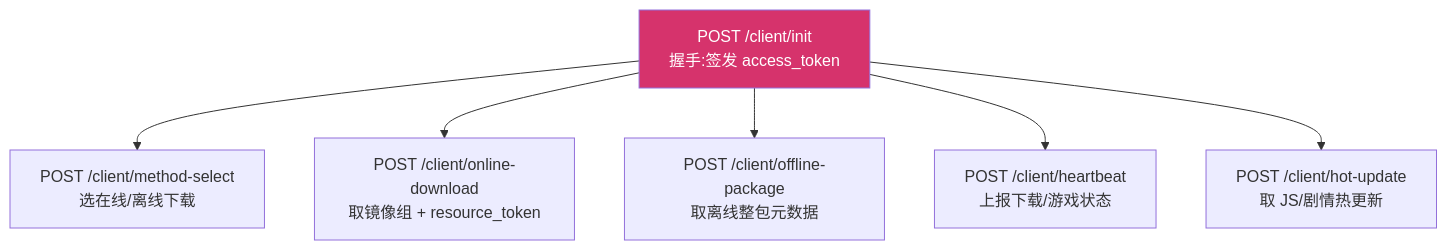
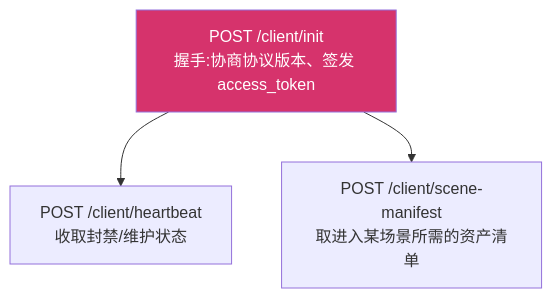
Before and after one commit to MagirecoCN-Revival-Project/magireco-cnv-server: the first of 3 diagrams in docs/architecture/client-protocol.md, drawn with Mermaid. The commit also changed other lines of this file and 32 other files, not shown here.

````diff
--- a/docs/architecture/client-protocol.md
+++ b/docs/architecture/client-protocol.md
@@ -11,11 +15,8 @@
 ```mermaid
 flowchart TB
-    INIT["POST /client/init<br/>握手:签发 access_token"]
-    INIT --> MS["POST /client/method-select<br/>选在线/离线下载"]
-    INIT --> OD["POST /client/online-download<br/>取镜像组 + resource_token"]
-    INIT --> OP["POST /client/offline-package<br/>取离线整包元数据"]
-    INIT --> HB["POST /client/heartbeat<br/>上报下载/游戏状态"]
-    INIT --> HU["POST /client/hot-update<br/>取 JS/剧情热更新"]
+    INIT["POST /client/init<br/>握手:协商协议版本、签发 access_token"]
+    INIT --> HB["POST /client/heartbeat<br/>收取封禁/维护状态"]
+    INIT --> SM["POST /client/scene-manifest<br/>取进入某场景所需的资产清单"]
 
     style INIT fill:#d6336c,color:#fff
 ```
````
